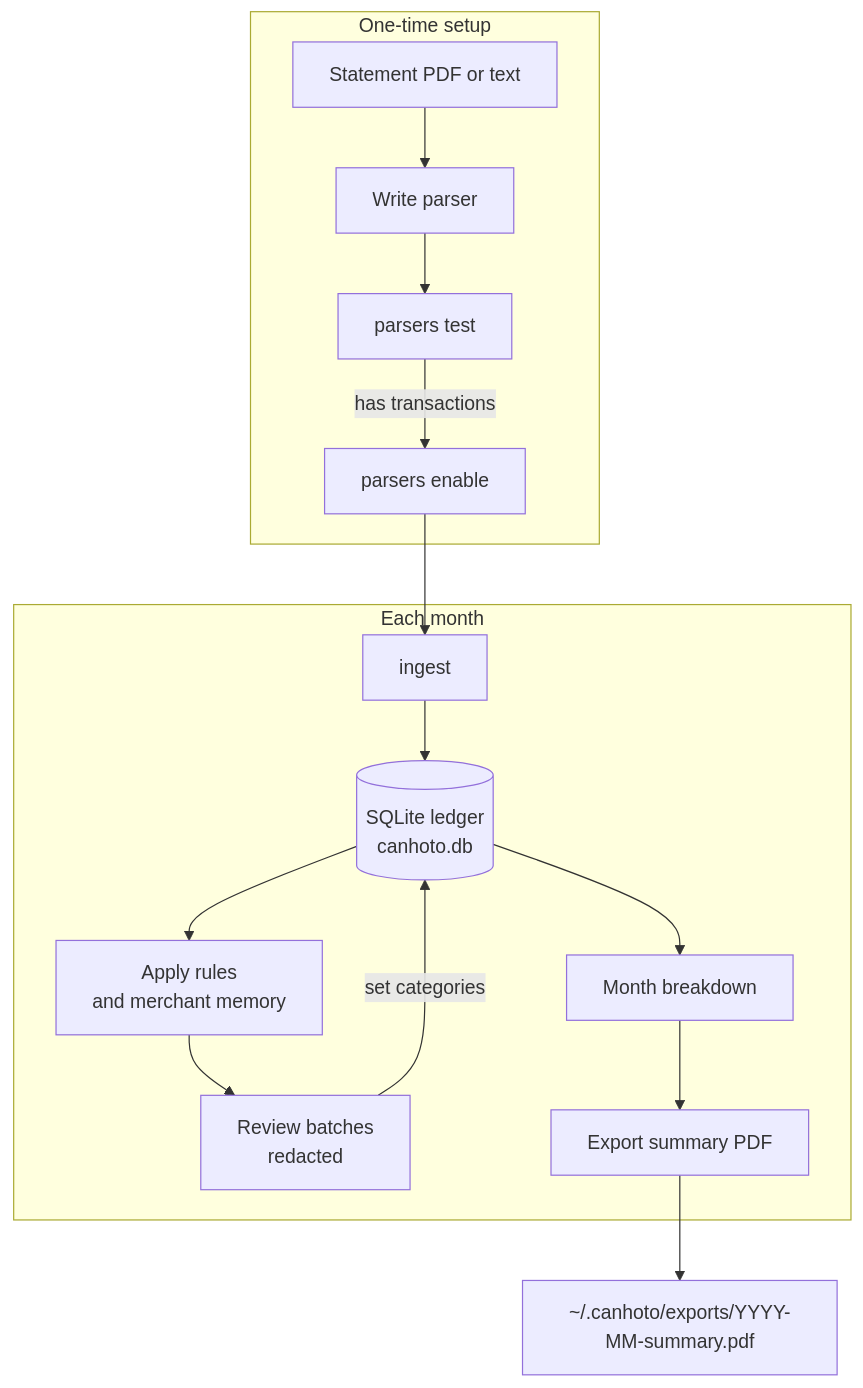
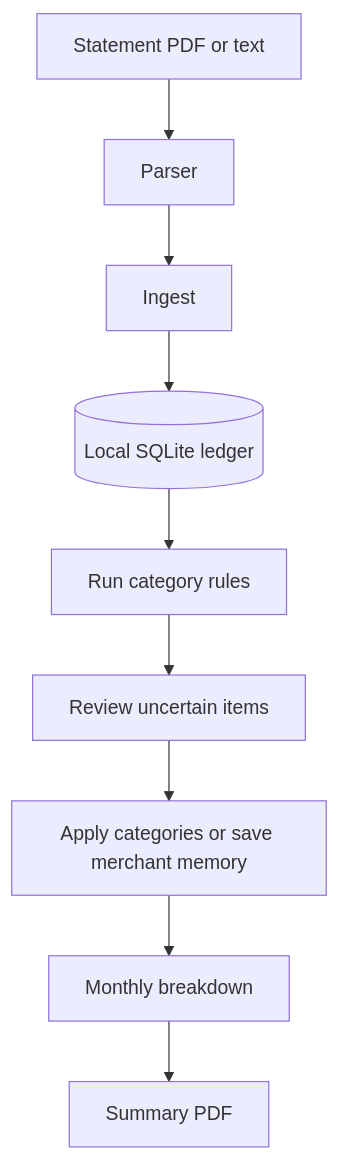
Before and after one commit to luabagg/canhoto: the diagram in README.md, drawn with Mermaid. The commit also changed other lines of this file and 9 other files, not shown here.

Commit message:
feat: add monthly PDF summaries

````diff
--- a/README.md
+++ b/README.md
@@ -56,20 +38,11 @@
 ```mermaid
 flowchart TD
-  subgraph setup [One-time setup]
-    A[Statement PDF or text] --> B[Write parser]
-    B --> C[parsers test]
-    C -->|has transactions| D[parsers enable]
-  end
-
-  subgraph monthly [Each month]
-    D --> E[ingest]
-    E --> F[(SQLite ledger<br/>canhoto.db)]
-    F --> G[Apply rules<br/>and merchant memory]
-    G --> H[Review batches<br/>redacted]
-    H -->|set categories| F
-    F --> I[Month breakdown]
-    I --> J[Export summary PDF]
-  end
-
-  J --> K["~/.canhoto/exports/YYYY-MM-summary.pdf"]
+  A[Statement PDF or text] --> B[Parser]
+  B --> C[Ingest]
+  C --> D[(Local SQLite ledger)]
+  D --> E[Run category rules]
+  E --> F[Review uncertain items]
+  F --> G[Apply categories or save merchant memory]
+  G --> H[Monthly breakdown]
+  H --> I[Summary PDF]
 ```
````
